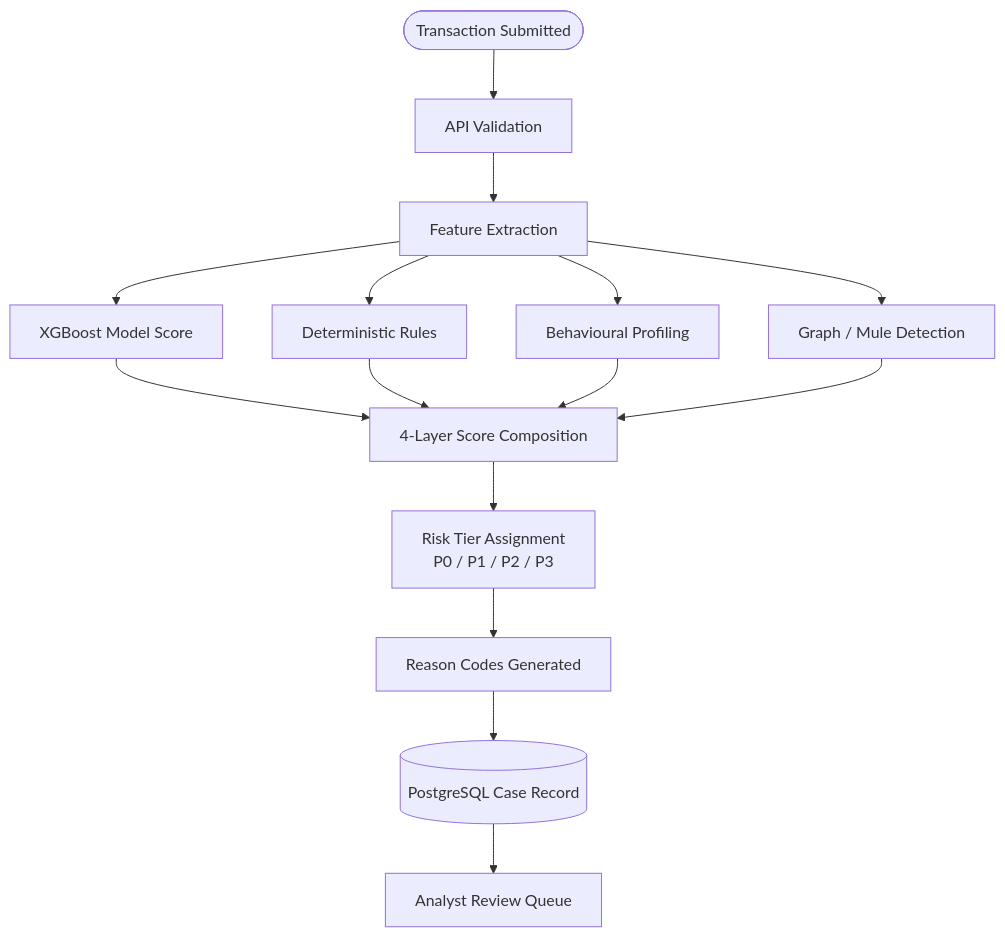
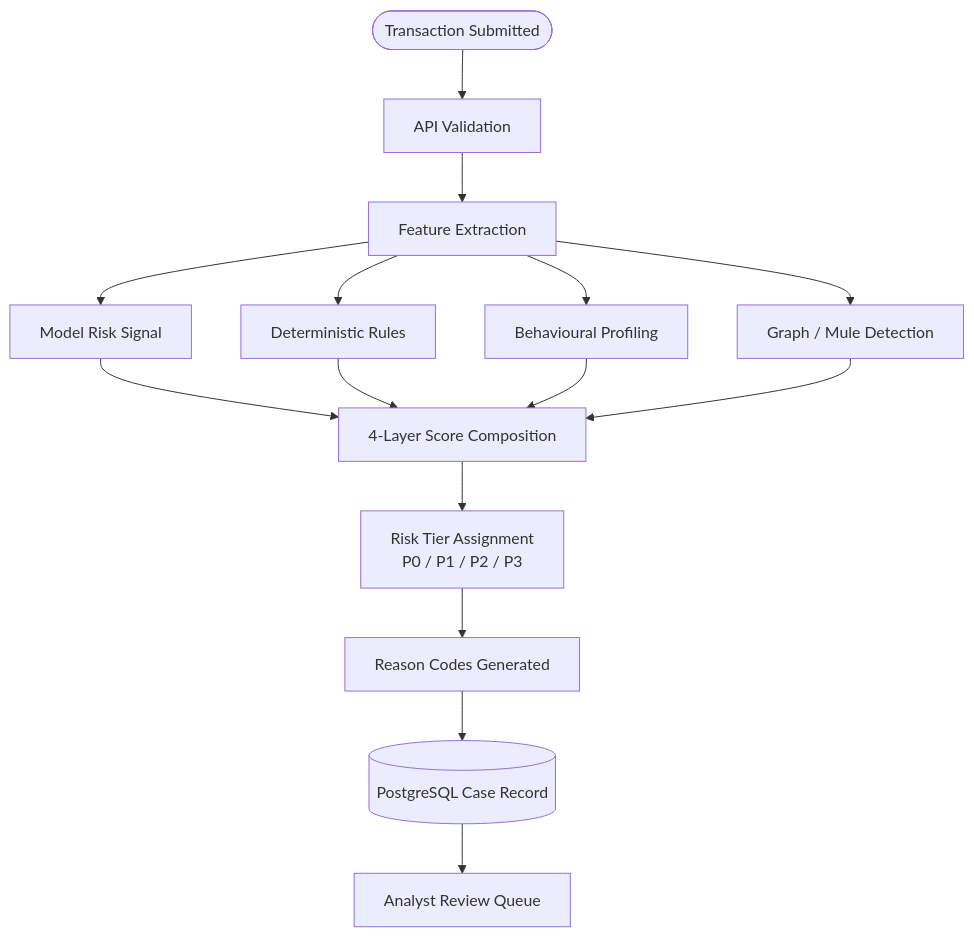
The second of 6 diagrams in README.md (IjazKakkodDS/transaction-fraud-intelligence-console), drawn with Mermaid before and after one commit. The commit also changed other lines of this file, not shown here.

````diff
--- a/README.md
+++ b/README.md
@@ -268,14 +268,14 @@
 ```mermaid
 flowchart TD
     A([Transaction Submitted]) --> B[API Validation]
     B --> C[Feature Extraction]
-    C --> D[XGBoost Model Score]
+    C --> D[Model Risk Signal]
     C --> E[Deterministic Rules]
     C --> F[Behavioural Profiling]
     C --> G[Graph / Mule Detection]
     D & E & F & G --> H[4-Layer Score Composition]
     H --> I[Risk Tier Assignment\nP0 / P1 / P2 / P3]
     I --> J[Reason Codes Generated]
     J --> K[(PostgreSQL Case Record)]
     K --> L[Analyst Review Queue]
 ```
````
